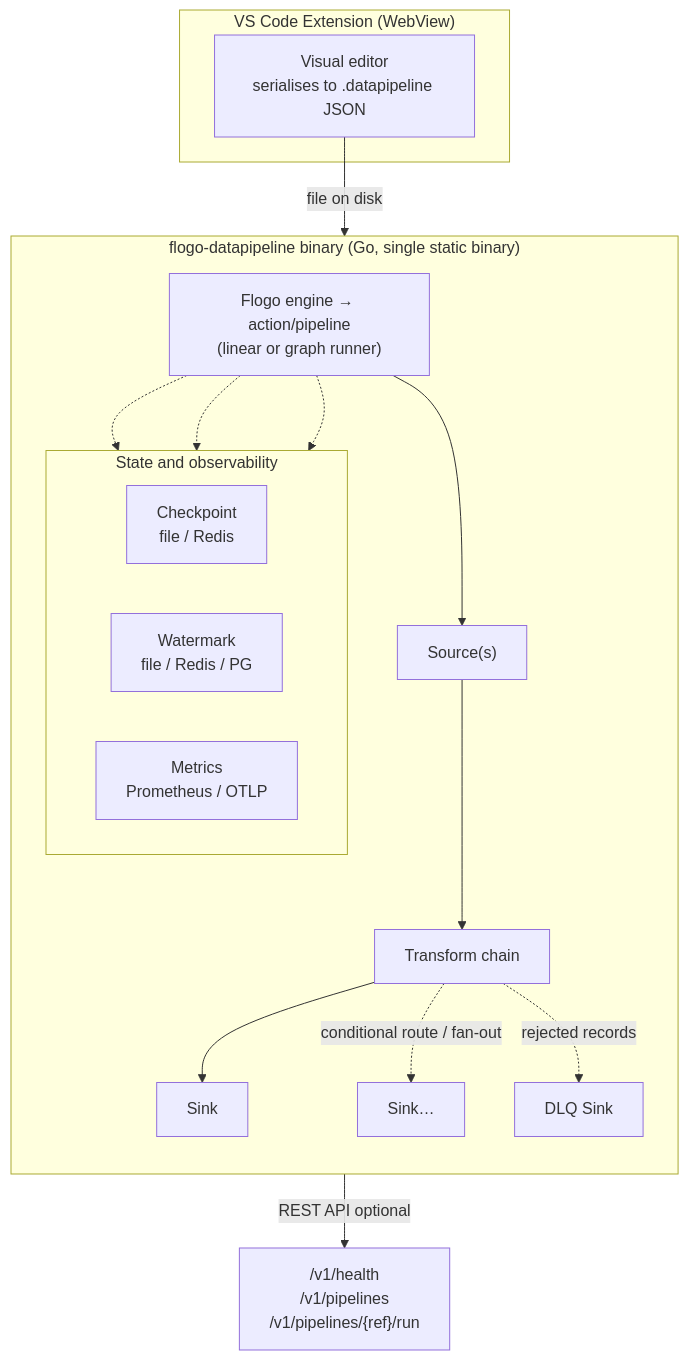
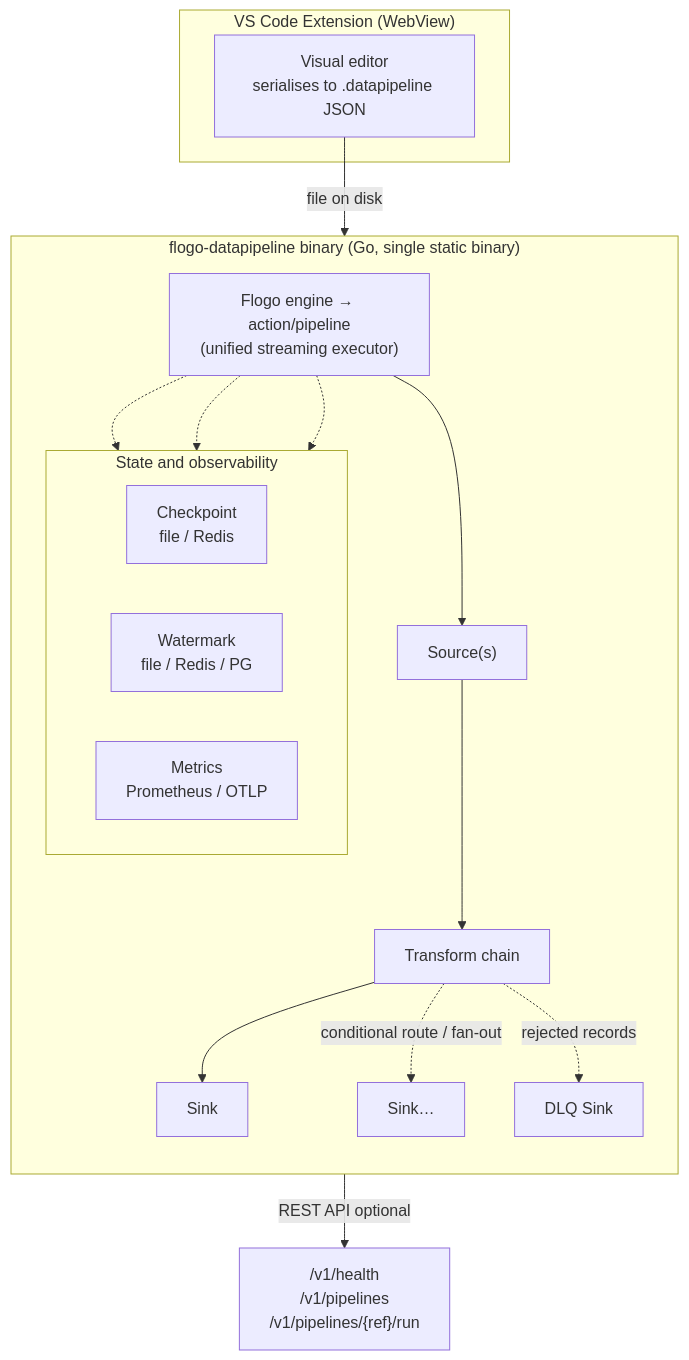
One commit to mpandav-tibco/flogo-datapipeline changed the diagram in README.md. Above: the diagram before and after it, drawn with Mermaid. The commit also changed 24 other files, not shown here.

````diff
--- a/README.md
+++ b/README.md
@@ -177,31 +177,31 @@
 ```mermaid
 flowchart TB
     subgraph Studio["VS Code Extension (WebView)"]
         editor["Visual editor<br/>serialises to .datapipeline JSON"]
     end
 
     editor -->|file on disk| binary
 
     subgraph binary["flogo-datapipeline binary (Go, single static binary)"]
         direction TB
-        engine["Flogo engine → action/pipeline<br/>(linear or graph runner)"]
+        engine["Flogo engine → action/pipeline<br/>(unified streaming executor)"]
         engine --> source["Source(s)"]
         source --> transforms["Transform chain"]
         transforms --> sink["Sink"]
         transforms -.->|conditional route / fan-out| sink2["Sink…"]
         transforms -.->|rejected records| dlq["DLQ Sink"]
 
         subgraph state["State and observability"]
             direction LR
             checkpoint["Checkpoint<br/>file / Redis"]
             watermark["Watermark<br/>file / Redis / PG"]
             metrics["Metrics<br/>Prometheus / OTLP"]
         end
 
         engine -.-> checkpoint
         engine -.-> watermark
         engine -.-> metrics
     end
 
     binary -->|REST API optional| api["/v1/health<br/>/v1/pipelines<br/>/v1/pipelines/{ref}/run"]
 ```
````
